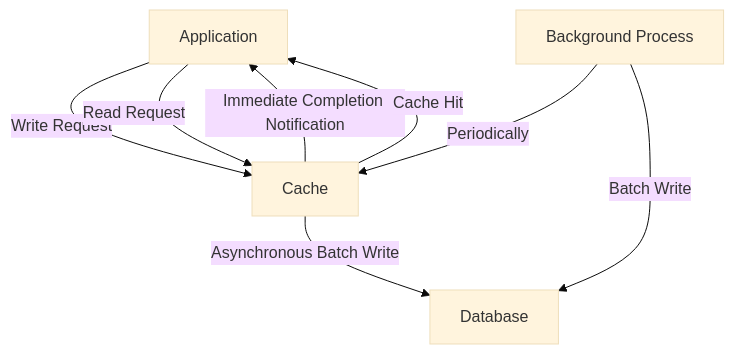
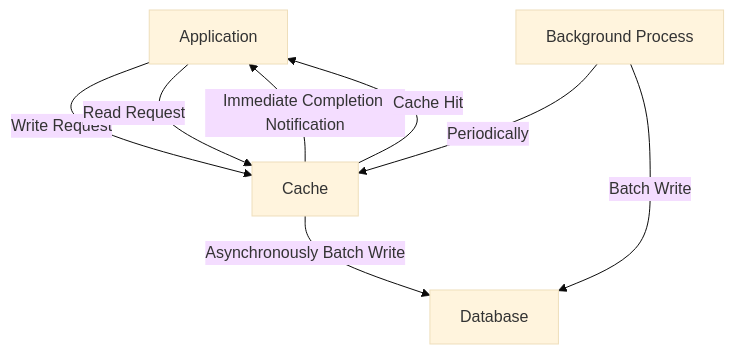
The seventh of 10 diagrams in content/en/posts/cache-strategy-patterns.md (bmf-san/bmf-tech), drawn with Mermaid (base theme) before and after one commit. The commit also changed other lines of this file and 989 other files, not shown here.

````diff
--- a/content/en/posts/cache-strategy-patterns.md
+++ b/content/en/posts/cache-strategy-patterns.md
@@ -187,12 +186,12 @@
 ```mermaid
 graph TD
     A[Application] -->|Write Request| B[Cache]
     B -->|Immediate Completion Notification| A
-    B -->|Asynchronous Batch Write| C[Database]
+    B -->|Asynchronously Batch Write| C[Database]
 
     A -->|Read Request| B
     B -->|Cache Hit| A
 
     D[Background Process] -->|Periodically| B
     D -->|Batch Write| C
 ```
````
